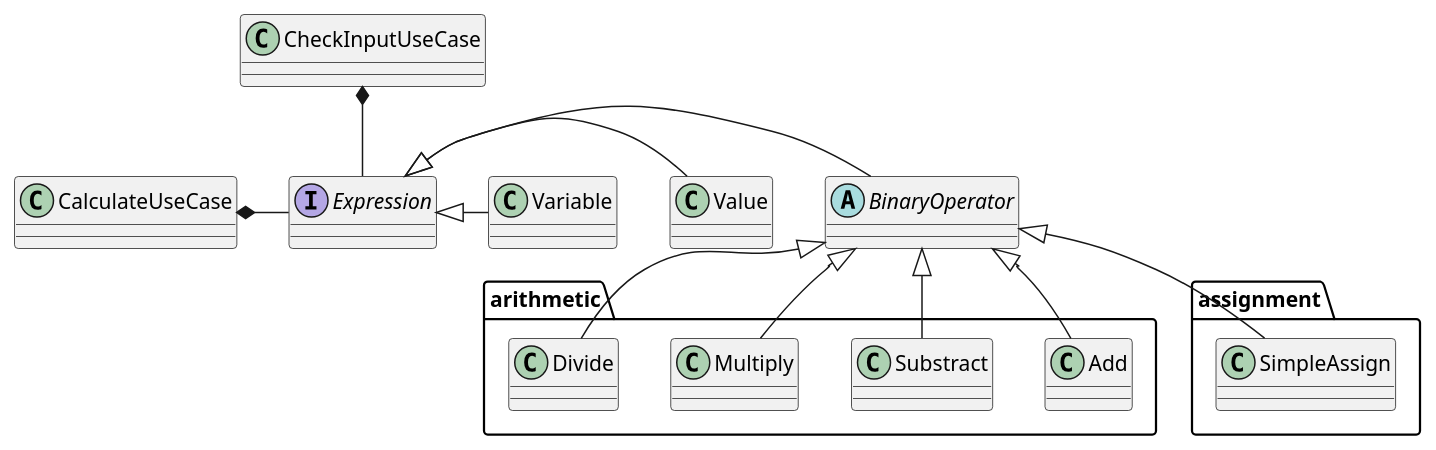
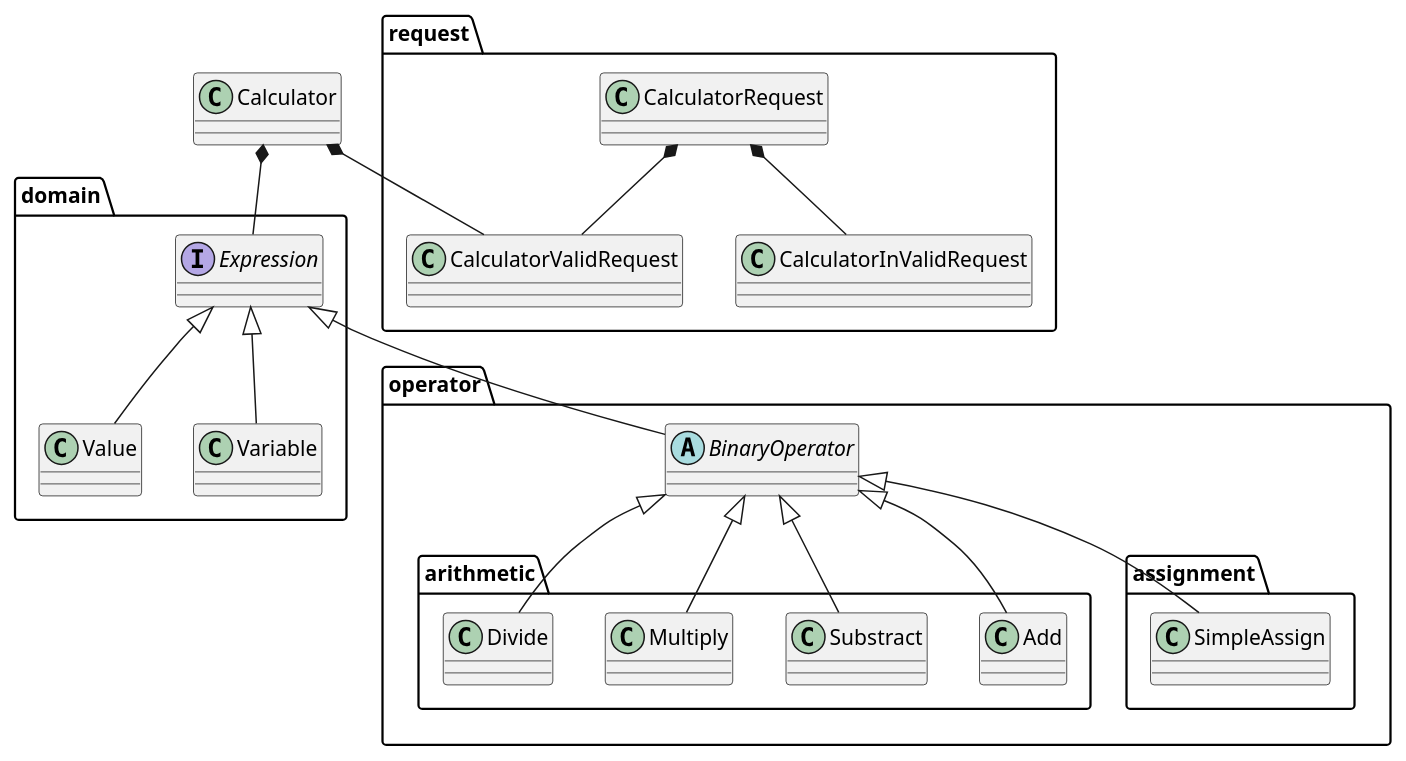
Before and after one commit to ue-sho/Calculator: the diagram in doc/class_diagram.pu, drawn with PlantUML. The commit also changed 8 other files, not shown here.

```diff
--- a/doc/class_diagram.pu
+++ b/doc/class_diagram.pu
@@ -1,19 +1,28 @@
 @startuml class
-interface Expression
-abstract BinaryOperator
+package domain {
+    interface Expression
+    Expression <|-- Value
+    Expression <|-- Variable
+}
+package operator {
+    abstract BinaryOperator
+    Expression <|-- BinaryOperator
+    package arithmetic {
+        BinaryOperator <|-- Add
+        BinaryOperator <|-- Substract
+        BinaryOperator <|-- Multiply
+        BinaryOperator <|-- Divide
+    }
+    package assignment {
+        BinaryOperator <|-- SimpleAssign
+    }
+}
+package request {
+    CalculatorRequest *-- CalculatorValidRequest
+    CalculatorRequest *-- CalculatorInValidRequest
+}
+Calculator *-- Expression
+Calculator *-- CalculatorValidRequest
 
-CheckInputUseCase *-- Expression
-CalculateUseCase *- Expression
-Expression <|- BinaryOperator
-Expression <|- Value
-Expression <|- Variable
-package arithmetic {
-    BinaryOperator <|-- Add
-    BinaryOperator <|-- Substract
-    BinaryOperator <|-- Multiply
-    BinaryOperator <|-- Divide
-}
-package assignment {
-    BinaryOperator <|-- SimpleAssign
-}
+
 @enduml
```
